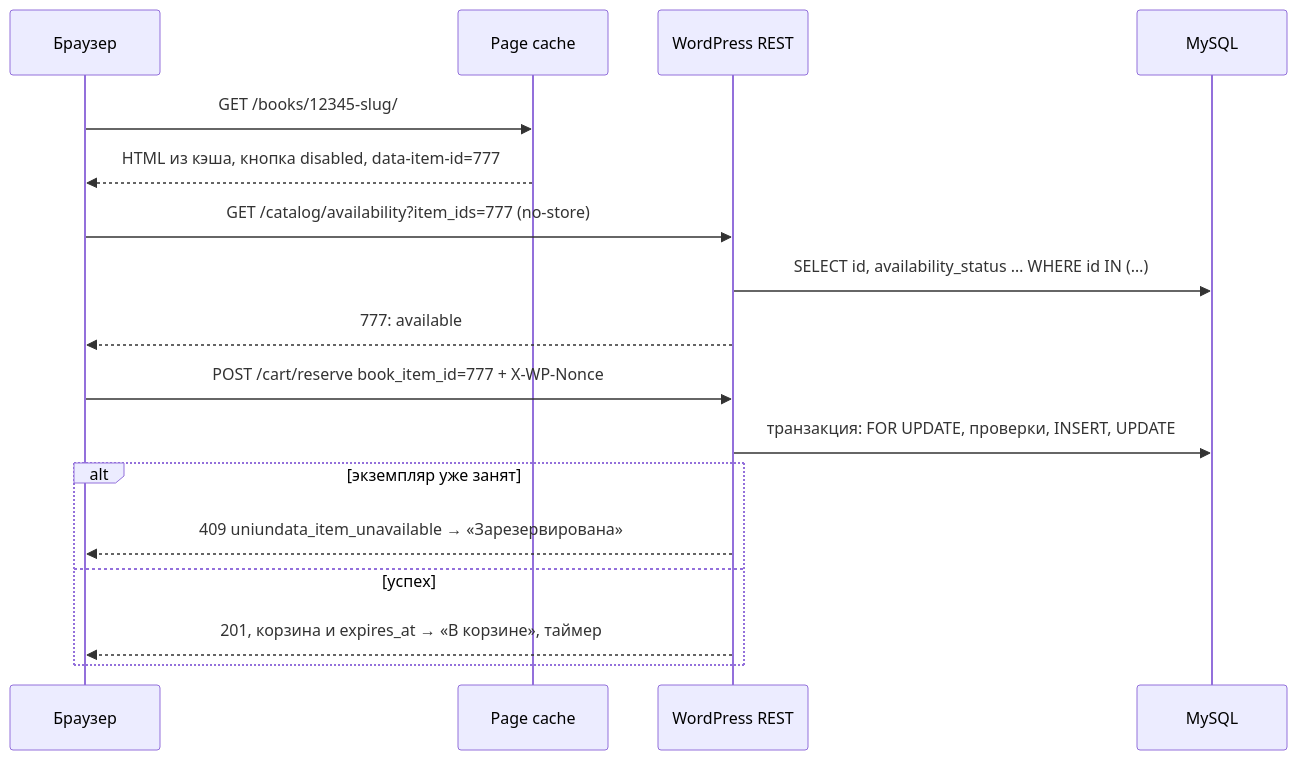
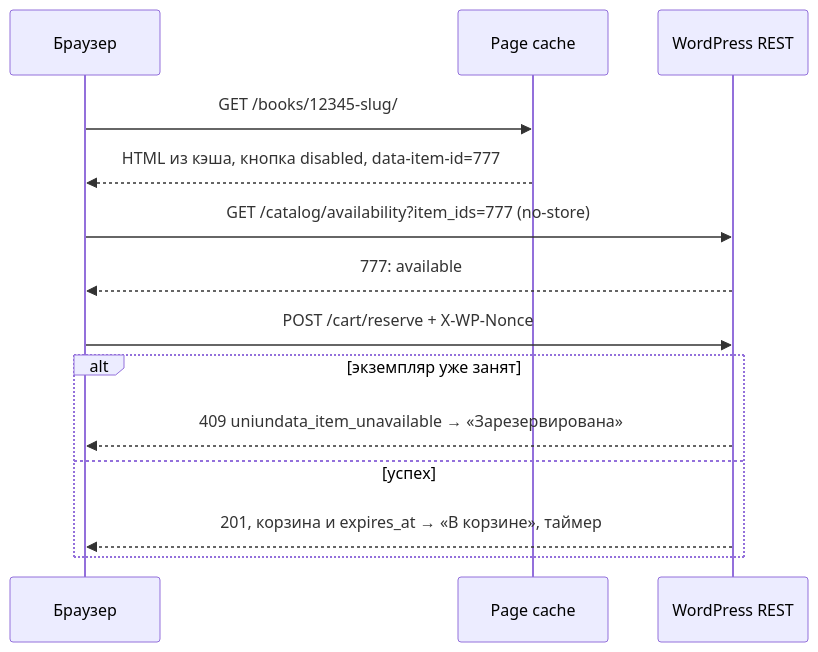
Before and after one commit to bomkot07/plan: the second of 2 diagrams in docs/01-architecture.md, drawn with Mermaid. The commit also changed other lines of this file and 22 other files, not shown here.

First line of the commit message:
WIP: finish v2 code fixes, algorithms doc and schema/status/architecture docs

````diff
--- a/docs/01-architecture.md
+++ b/docs/01-architecture.md
@@ -475,19 +349,16 @@
 ```mermaid
 sequenceDiagram
   participant B as Браузер
   participant C as Page cache
   participant W as WordPress REST
-  participant DB as MySQL
   B->>C: GET /books/12345-slug/
   C-->>B: HTML из кэша, кнопка disabled, data-item-id=777
   B->>W: GET /catalog/availability?item_ids=777 (no-store)
-  W->>DB: SELECT id, availability_status … WHERE id IN (…)
   W-->>B: 777: available
-  B->>W: POST /cart/reserve book_item_id=777 + X-WP-Nonce
-  W->>DB: транзакция: FOR UPDATE, проверки, INSERT, UPDATE
+  B->>W: POST /cart/reserve + X-WP-Nonce
   alt экземпляр уже занят
     W-->>B: 409 uniundata_item_unavailable → «Зарезервирована»
   else успех
     W-->>B: 201, корзина и expires_at → «В корзине», таймер
   end
 ```
````
